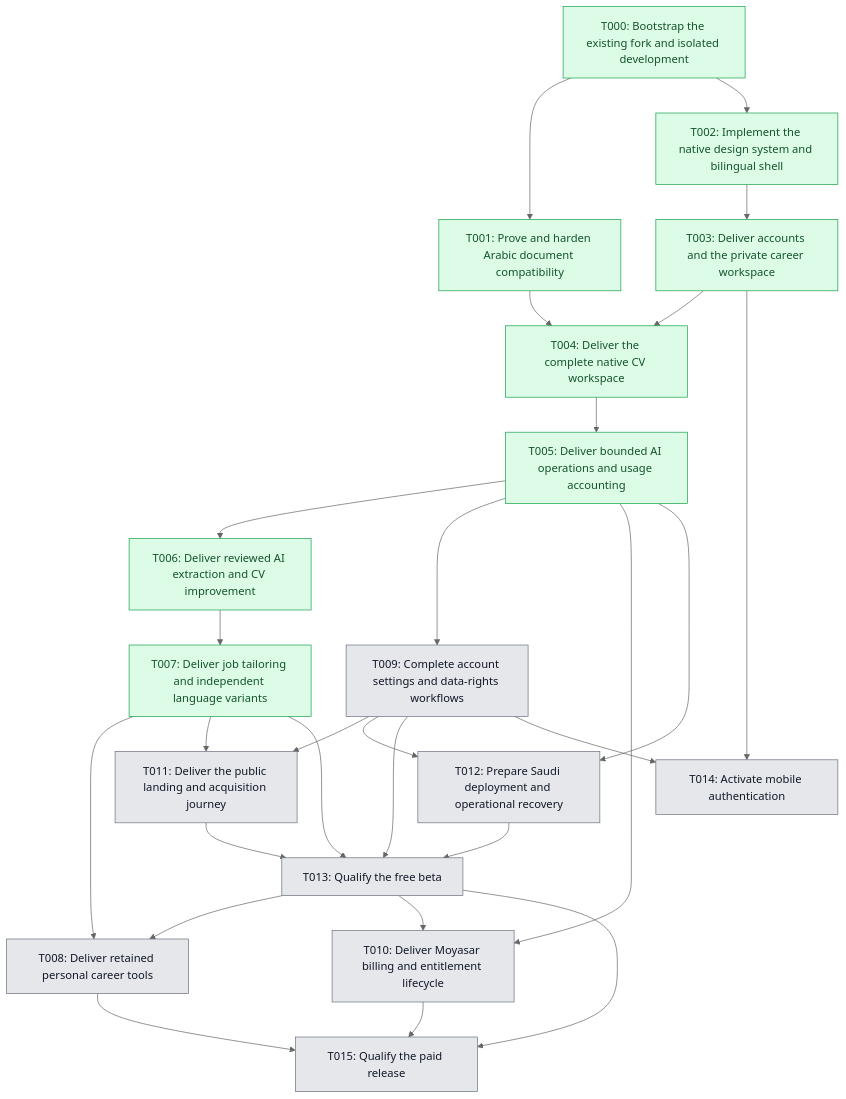
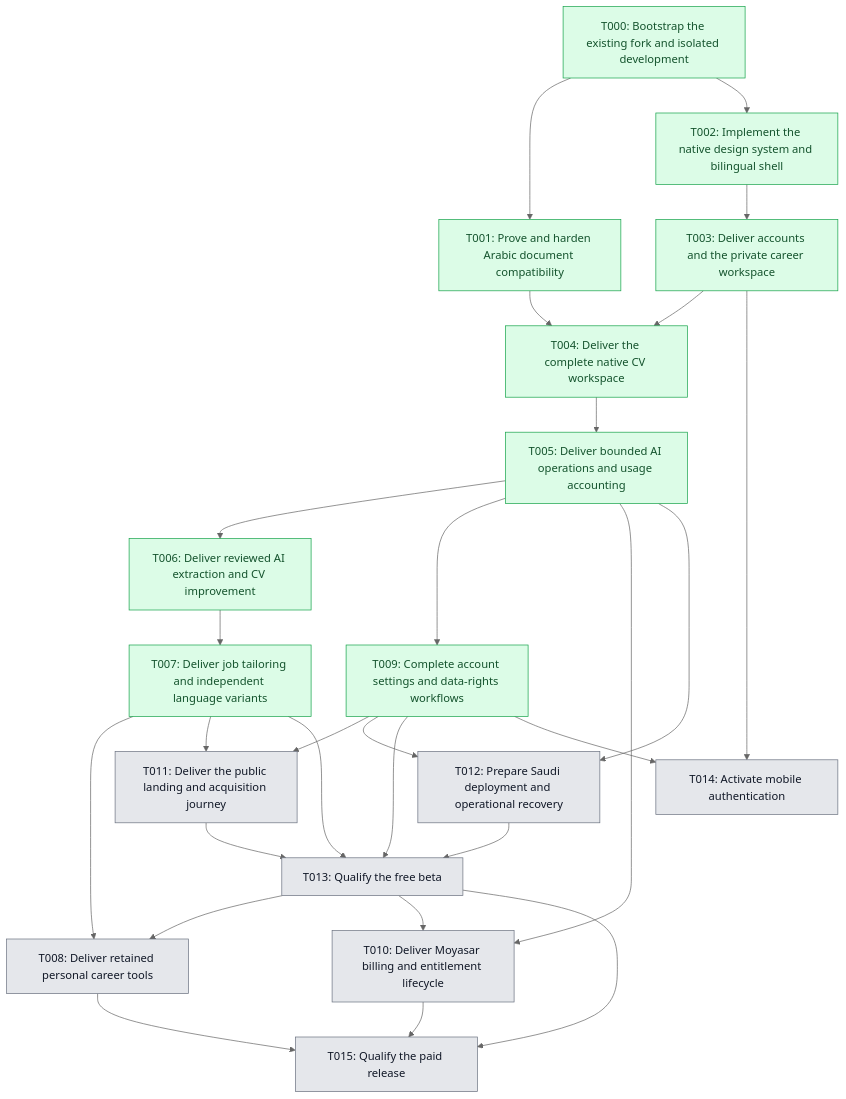
The diagram in Planning/roadmap/dependencies.mmd (0-sayed/master-cv), drawn with Mermaid (neutral theme) before and after one commit. The commit also changed 7 other files, not shown here.

```diff
--- a/Planning/roadmap/dependencies.mmd
+++ b/Planning/roadmap/dependencies.mmd
@@ -1,49 +1,49 @@
 flowchart TD
     T000["T000: Bootstrap the existing fork and isolated development"]
     T001["T001: Prove and harden Arabic document compatibility"]
     T002["T002: Implement the native design system and bilingual shell"]
     T003["T003: Deliver accounts and the private career workspace"]
     T004["T004: Deliver the complete native CV workspace"]
     T005["T005: Deliver bounded AI operations and usage accounting"]
     T006["T006: Deliver reviewed AI extraction and CV improvement"]
     T007["T007: Deliver job tailoring and independent language variants"]
     T008["T008: Deliver retained personal career tools"]
     T009["T009: Complete account settings and data-rights workflows"]
     T010["T010: Deliver Moyasar billing and entitlement lifecycle"]
     T011["T011: Deliver the public landing and acquisition journey"]
     T012["T012: Prepare Saudi deployment and operational recovery"]
     T013["T013: Qualify the free beta"]
     T014["T014: Activate mobile authentication"]
     T015["T015: Qualify the paid release"]
 
     T000 --> T001
     T000 --> T002
     T002 --> T003
     T001 --> T004
     T003 --> T004
     T004 --> T005
     T005 --> T006
     T006 --> T007
     T007 --> T008
     T013 --> T008
     T005 --> T009
     T005 --> T010
     T013 --> T010
     T007 --> T011
     T009 --> T011
     T005 --> T012
     T009 --> T012
     T007 --> T013
     T009 --> T013
     T011 --> T013
     T012 --> T013
     T003 --> T014
     T009 --> T014
     T008 --> T015
     T010 --> T015
     T013 --> T015
 
     classDef pending fill:#e5e7eb,stroke:#6b7280,color:#111827;
     classDef done fill:#dcfce7,stroke:#16a34a,color:#14532d;
-    class T000,T001,T002,T003,T004,T005,T006,T007 done;
-    class T008,T009,T010,T011,T012,T013,T014,T015 pending;
+    class T000,T001,T002,T003,T004,T005,T006,T007,T009 done;
+    class T008,T010,T011,T012,T013,T014,T015 pending;
```
